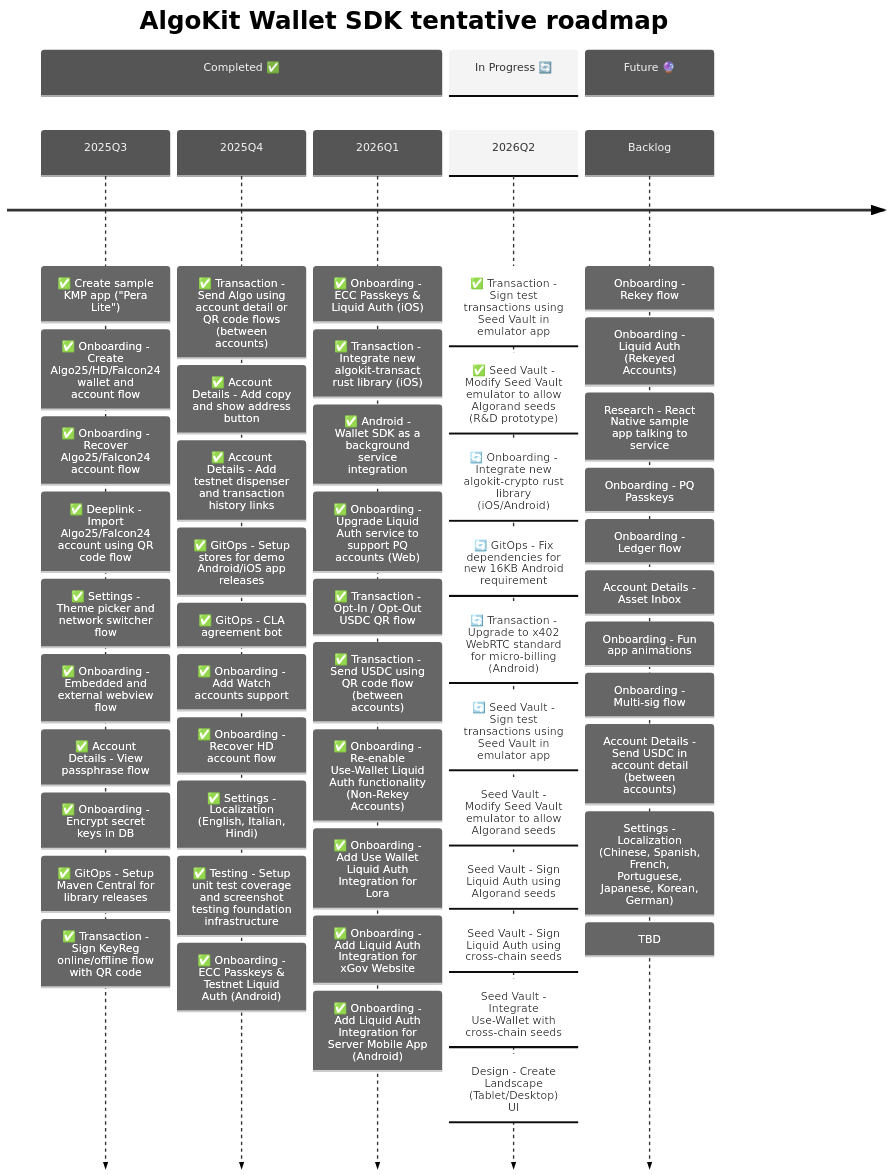
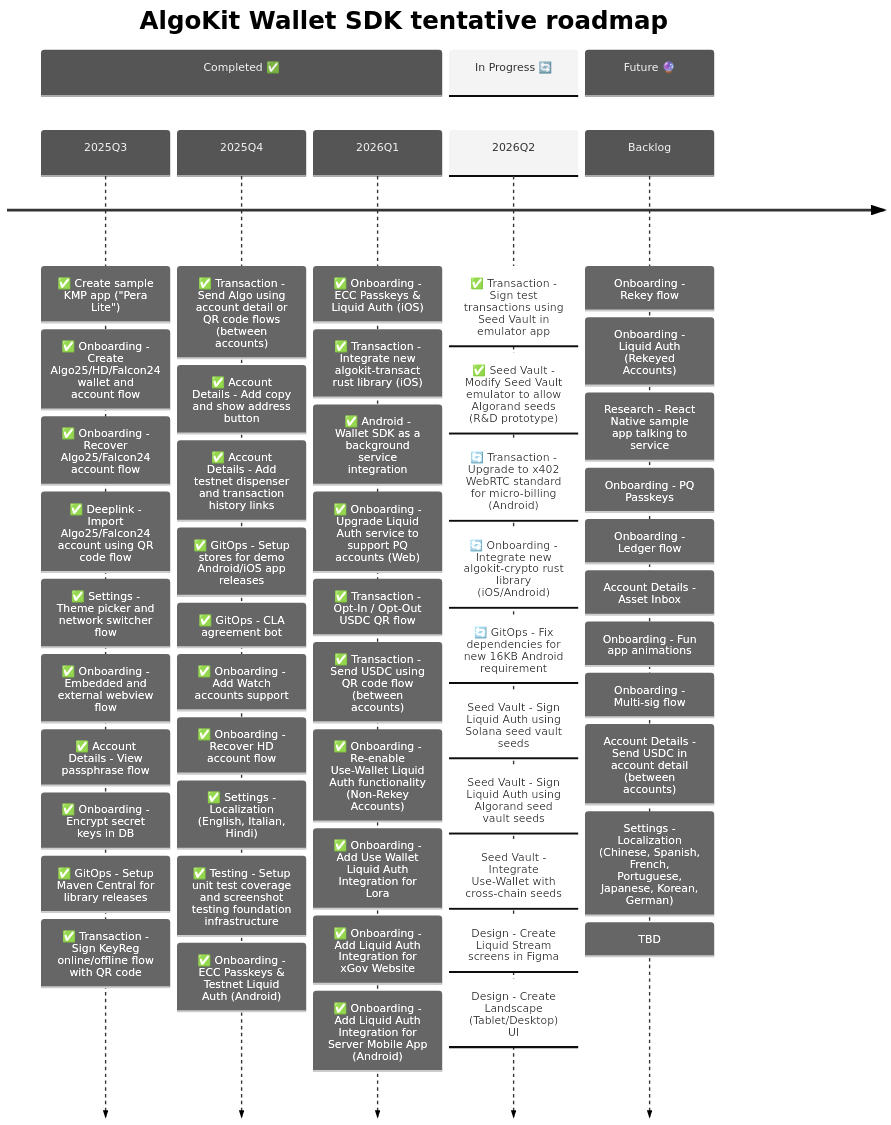
The second of 3 diagrams in README.md (michaeltchuangllc/algokit-walletsdk-kmp), drawn with Mermaid before and after one commit.

Commit message:
docs: update roadmap for upcoming design work (#268)

````diff
--- a/README.md
+++ b/README.md
@@ -69,69 +69,68 @@
 ```mermaid
 ---
 config:
   theme: 'neutral'
 ---
 timeline
     title AlgoKit Wallet SDK tentative roadmap
 
     section Completed ✅
     2025Q3  : ✅ Create sample KMP app ("Pera Lite")
             : ✅ Onboarding - Create Algo25/HD/Falcon24 wallet and account flow
             : ✅ Onboarding - Recover Algo25/Falcon24 account flow
             : ✅ Deeplink - Import Algo25/Falcon24 account using QR code flow
             : ✅ Settings - Theme picker and network switcher flow
             : ✅ Onboarding - Embedded and external webview flow
             : ✅ Account Details - View passphrase flow
             : ✅ Onboarding - Encrypt secret keys in DB
             : ✅ GitOps - Setup Maven Central for library releases
             : ✅ Transaction - Sign KeyReg online/offline flow with QR code
 
     2025Q4  : ✅ Transaction - Send Algo using account detail or QR code flows (between accounts)
             : ✅ Account Details - Add copy and show address button
             : ✅ Account Details - Add testnet dispenser and transaction history links
             : ✅ GitOps - Setup stores for demo Android/iOS app releases
             : ✅ GitOps - CLA agreement bot
             : ✅ Onboarding - Add Watch accounts support
             : ✅ Onboarding - Recover HD account flow
             : ✅ Settings - Localization (English, Italian, Hindi)
             : ✅ Testing - Setup unit test coverage and screenshot testing foundation infrastructure
             : ✅ Onboarding - ECC Passkeys & Testnet Liquid Auth (Android)
 
     2026Q1  : ✅ Onboarding - ECC Passkeys & Liquid Auth (iOS)
             : ✅ Transaction - Integrate new algokit-transact rust library (iOS)
             : ✅ Android - Wallet SDK as a background service integration
             : ✅ Onboarding - Upgrade Liquid Auth service to support PQ accounts (Web)
             : ✅ Transaction - Opt-In / Opt-Out USDC QR flow
             : ✅ Transaction - Send USDC using QR code flow (between accounts)
             : ✅ Onboarding - Re-enable Use-Wallet Liquid Auth functionality (Non-Rekey Accounts)
             : ✅ Onboarding - Add Use Wallet Liquid Auth Integration for Lora
             : ✅ Onboarding - Add Liquid Auth Integration for xGov Website
             : ✅ Onboarding - Add Liquid Auth Integration for Server Mobile App (Android)
 
     section In Progress 🔄
     2026Q2  : ✅ Transaction - Sign test transactions using Seed Vault in emulator app
             : ✅ Seed Vault - Modify Seed Vault emulator to allow Algorand seeds (R&D prototype)
+            : 🔄 Transaction - Upgrade to x402 WebRTC standard for micro-billing (Android)
             : 🔄 Onboarding - Integrate new algokit-crypto rust library (iOS/Android)
             : 🔄 GitOps - Fix dependencies for new 16KB Android requirement
-            : 🔄 Transaction - Upgrade to x402 WebRTC standard for micro-billing (Android)
-            : 🔄 Seed Vault - Sign test transactions using Seed Vault in emulator app
-            : Seed Vault - Modify Seed Vault emulator to allow Algorand seeds
-            : Seed Vault - Sign Liquid Auth using Algorand seeds
-            : Seed Vault - Sign Liquid Auth using cross-chain seeds
+            : Seed Vault - Sign Liquid Auth using Solana seed vault seeds
+            : Seed Vault - Sign Liquid Auth using Algorand seed vault seeds
             : Seed Vault - Integrate Use-Wallet with cross-chain seeds
+            : Design - Create Liquid Stream screens in Figma
             : Design - Create Landscape (Tablet/Desktop) UI
             
     section Future 🔮
     Backlog
             : Onboarding - Rekey flow
             : Onboarding - Liquid Auth (Rekeyed Accounts)
             : Research - React Native sample app talking to service
             : Onboarding - PQ Passkeys
             : Onboarding - Ledger flow
             : Account Details - Asset Inbox
             : Onboarding - Fun app animations
             : Onboarding - Multi-sig flow
             : Account Details - Send USDC in account detail (between accounts)
             : Settings - Localization (Chinese, Spanish, French, Portuguese, Japanese, Korean, German)
             : TBD
 ```
````
